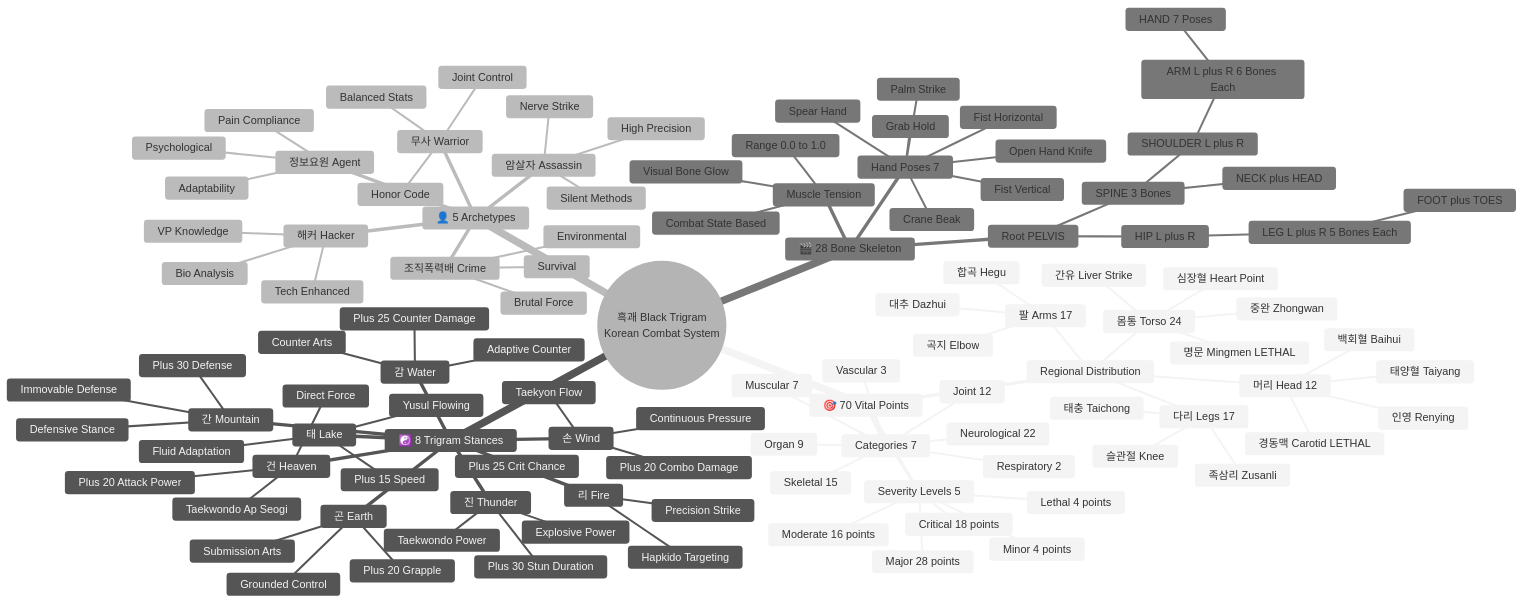
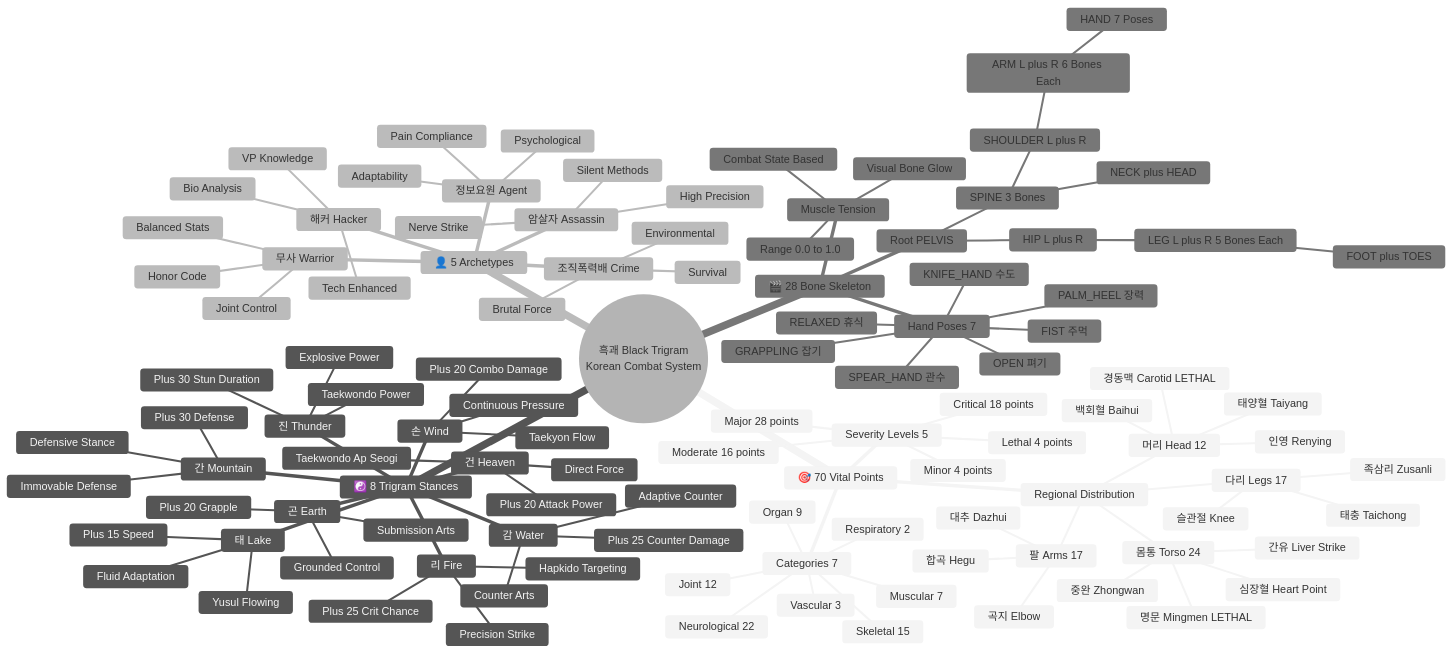
The first of 8 diagrams in MINDMAP.md (Hack23/blacktrigram), drawn with Mermaid (neutral theme) before and after one commit. The commit also changed other lines of this file and 4 other files, not shown here.

```diff
--- a/MINDMAP.md
+++ b/MINDMAP.md
@@ -116,13 +116,13 @@
           LEG L plus R 5 Bones Each
             FOOT plus TOES
       Hand Poses 7
-        Fist Vertical
-        Fist Horizontal
-        Open Hand Knife
-        Palm Strike
-        Spear Hand
-        Grab Hold
-        Crane Beak
+        FIST 주먹
+        KNIFE_HAND 수도
+        SPEAR_HAND 관수
+        PALM_HEEL 장력
+        GRAPPLING 잡기
+        OPEN 펴기
+        RELAXED 휴식
       Muscle Tension
         Range 0.0 to 1.0
         Visual Bone Glow
```
